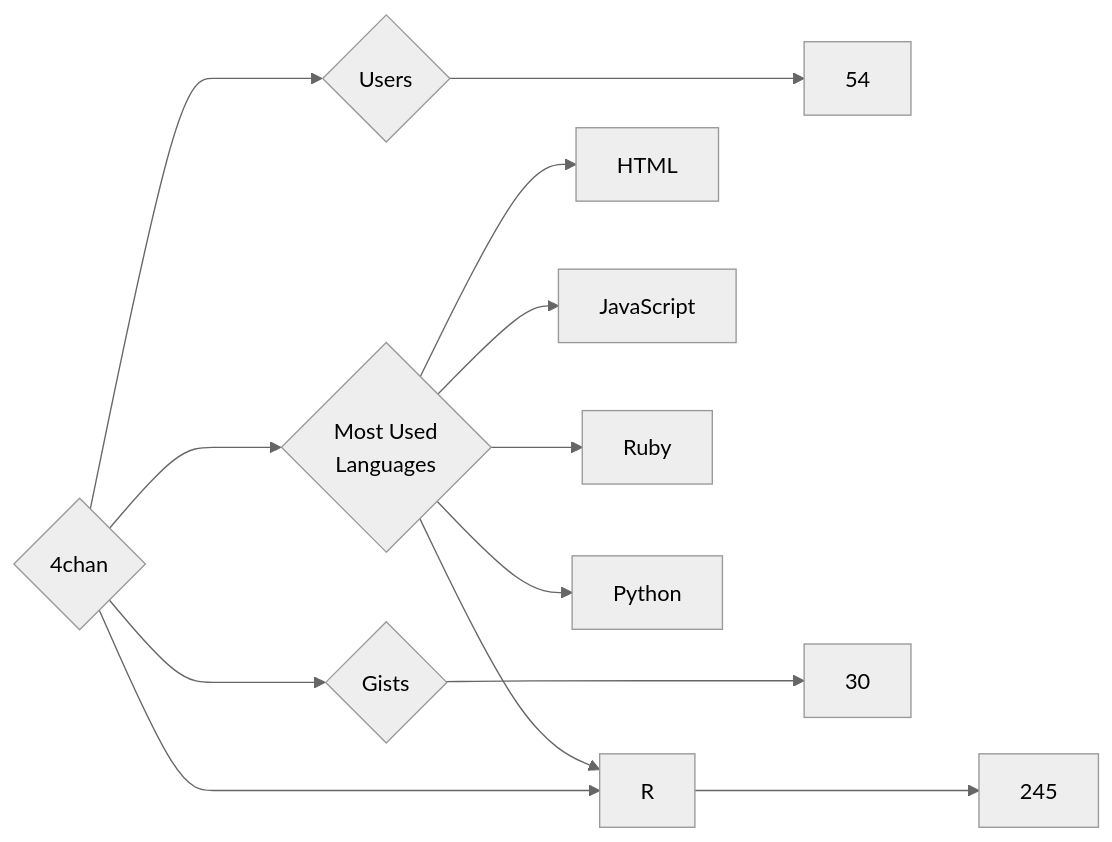
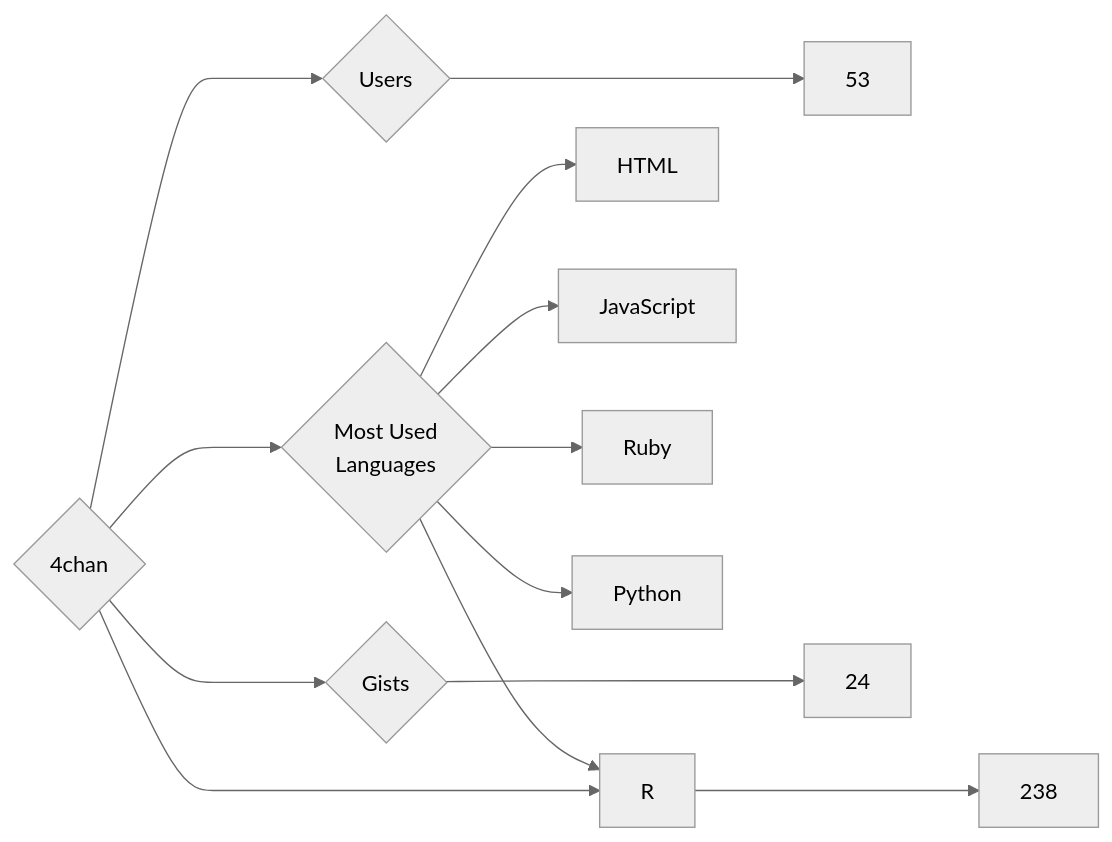
Before and after one commit to trickest/insiders: the diagram in targets/4chan/README.md, drawn with Mermaid (neutral theme). The commit also changed 1088 other files, not shown here.

````diff
--- a/targets/4chan/README.md
+++ b/targets/4chan/README.md
@@ -3,13 +3,13 @@
 ```mermaid
 graph LR
 COMPANY_NAME{4chan}
-COMPANY_NAME ---> U{Users} ---> UN[54]
-COMPANY_NAME ---> R{Repositories} ---> RN[245]
-COMPANY_NAME ---> G{Gists} ---> GN[30]
+COMPANY_NAME ---> U{Users} ---> UN[53]
+COMPANY_NAME ---> R{Repositories} ---> RN[238]
+COMPANY_NAME ---> G{Gists} ---> GN[24]
 COMPANY_NAME ---> ML{Most Used<br>Languages}
 ML --> HTML[HTML]
 ML --> JavaScript[JavaScript]
 ML --> Ruby[Ruby]
 ML --> Python[Python]
 ML --> R[R]
 ```
````
